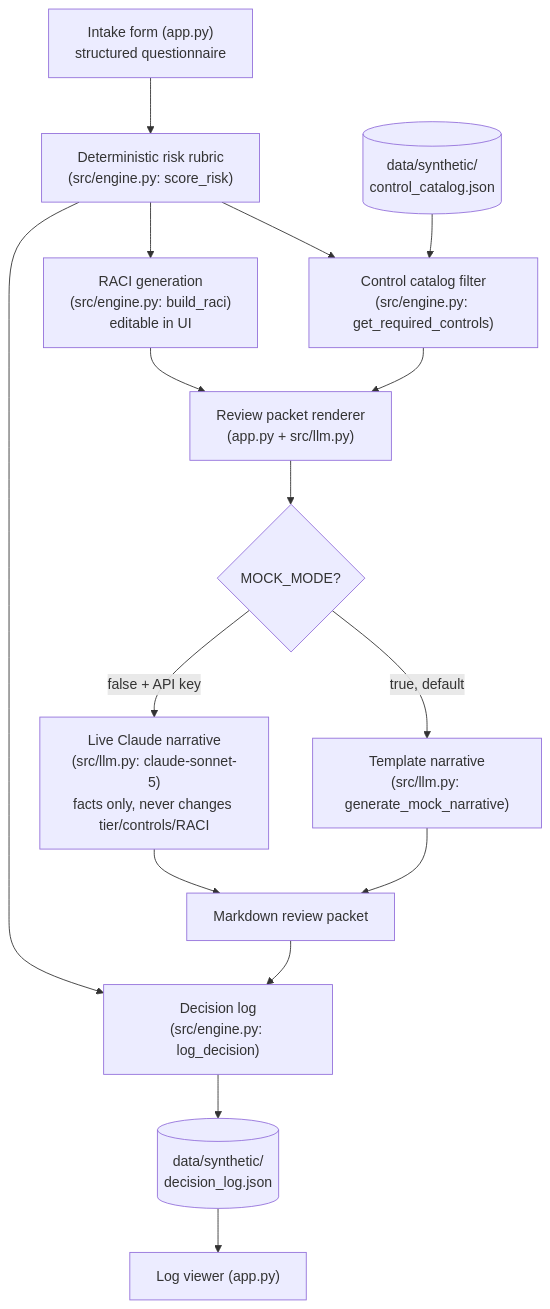
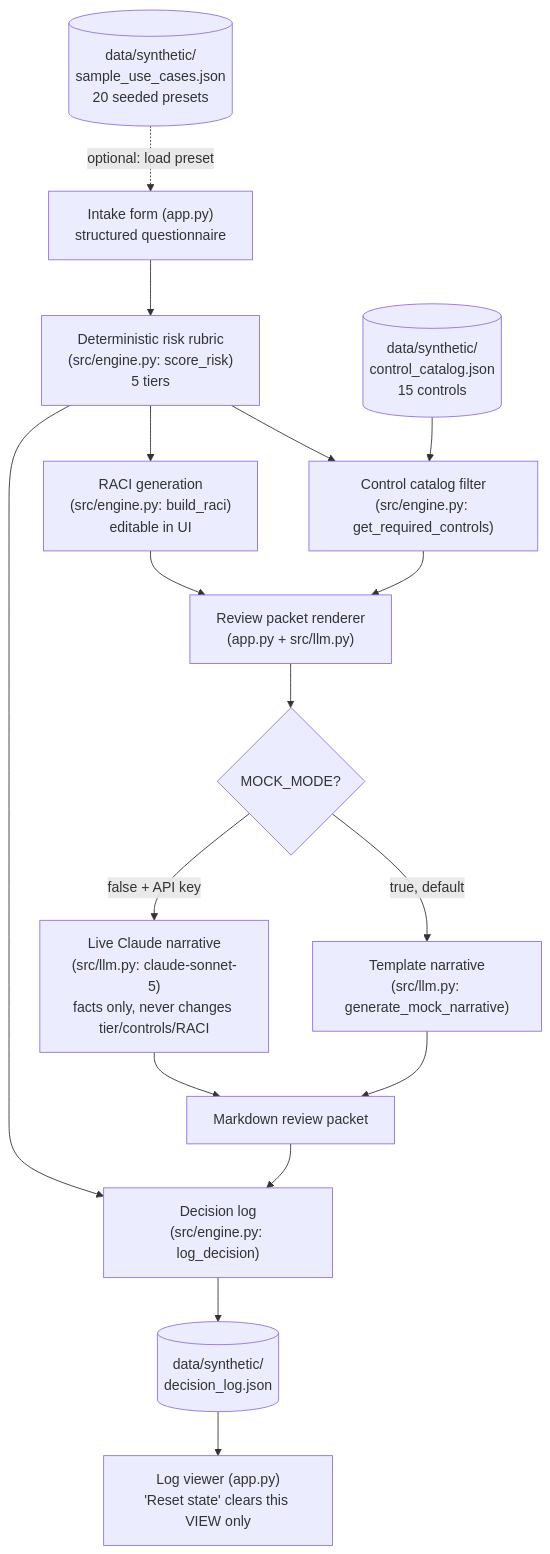
The diagram in README.md (AshleyGross95/ai-governance-risk-triage-agent), drawn with Mermaid before and after one commit. The commit also changed other lines of this file and 18 other files, not shown here.

First line of the commit message:
Release pass: 5-tier rubric, seeded-data scale, docs, tests, in-app disclosure and metrics

````diff
--- a/README.md
+++ b/README.md
@@ -42,18 +83,19 @@
 ```mermaid
 flowchart TD
-    A["Intake form (app.py)<br/>structured questionnaire"] --> B["Deterministic risk rubric<br/>(src/engine.py: score_risk)"]
+    P[("data/synthetic/<br/>sample_use_cases.json<br/>20 seeded presets")] -.->|"optional: load preset"| A
+    A["Intake form (app.py)<br/>structured questionnaire"] --> B["Deterministic risk rubric<br/>(src/engine.py: score_risk)<br/>5 tiers"]
     B --> C["Control catalog filter<br/>(src/engine.py: get_required_controls)"]
-    D[("data/synthetic/<br/>control_catalog.json")] --> C
+    D[("data/synthetic/<br/>control_catalog.json<br/>15 controls")] --> C
     B --> E["RACI generation<br/>(src/engine.py: build_raci)<br/>editable in UI"]
     C --> F["Review packet renderer<br/>(app.py + src/llm.py)"]
     E --> F
     F --> G{"MOCK_MODE?"}
     G -->|true, default| H["Template narrative<br/>(src/llm.py: generate_mock_narrative)"]
     G -->|false + API key| I["Live Claude narrative<br/>(src/llm.py: claude-sonnet-5)<br/>facts only, never changes tier/controls/RACI"]
     H --> J["Markdown review packet"]
     I --> J
     B --> K["Decision log<br/>(src/engine.py: log_decision)"]
     J --> K
     K --> L[("data/synthetic/<br/>decision_log.json")]
-    L --> M["Log viewer (app.py)"]
+    L --> M["Log viewer (app.py)<br/>'Reset state' clears this VIEW only"]
 ```
````
